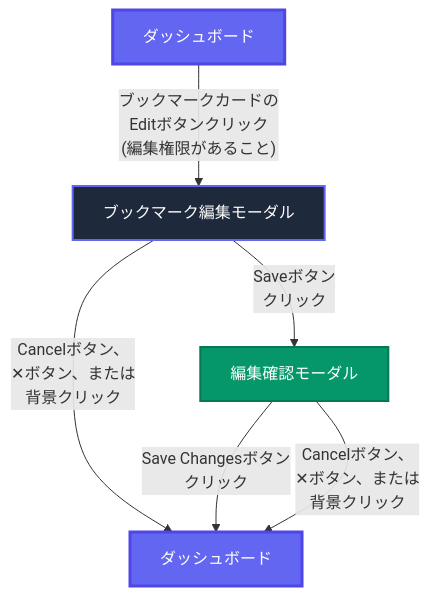
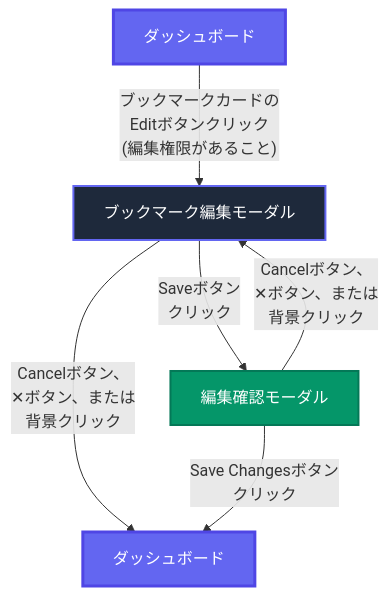
Before and after one commit to kyohx/bookmark-web-frontend: the third of 4 diagrams in docs/screen-flow-diagram.md, drawn with Mermaid. The commit also changed other lines of this file and 2 other files, not shown here.

Commit message:
feat: 保存確認キャンセル時にブックマーク追加/編集モーダルを閉じないように修正

````diff
--- a/docs/screen-flow-diagram.md
+++ b/docs/screen-flow-diagram.md
@@ -48,16 +48,16 @@
 ```mermaid
 flowchart TD
     Dashboard1["ダッシュボード"] -->|"ブックマークカードの<br/>Editボタンクリック<br/>(編集権限があること)"| EditModal["ブックマーク編集モーダル"]
     EditModal -->|"Saveボタン<br/>クリック"| EditConfirm["編集確認モーダル"]
     EditModal -->|"Cancelボタン、<br/>✕ボタン、または<br/>背景クリック"| Dashboard2["ダッシュボード"]
     EditConfirm -->|"Save Changesボタン<br/>クリック"| Dashboard2
-    EditConfirm -->|"Cancelボタン、<br/>✕ボタン、または<br/>背景クリック"| Dashboard2
+    EditConfirm -->|"Cancelボタン、<br/>✕ボタン、または<br/>背景クリック"| EditModal
     
     classDef screenStyle fill:#6366f1,stroke:#4f46e5,stroke-width:3px,color:#fff
     classDef modalStyle fill:#1e293b,stroke:#6366f1,stroke-width:2px,color:#fff
     classDef confirmStyle fill:#059669,stroke:#047857,stroke-width:2px,color:#fff
     
     class Dashboard1,Dashboard2 screenStyle
     class EditModal modalStyle
     class EditConfirm confirmStyle
 ```
````
